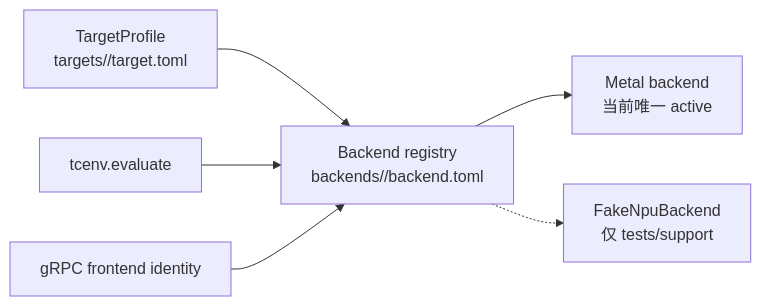
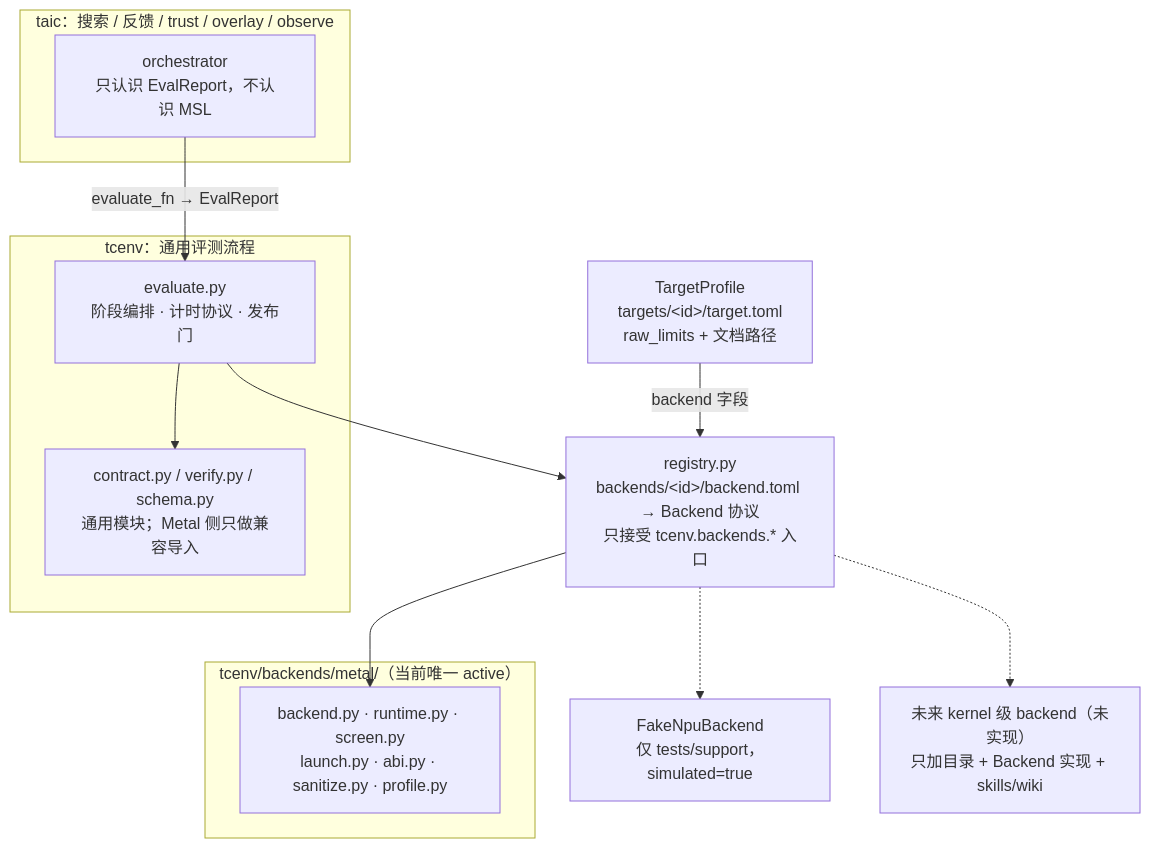
The eighth of 8 diagrams in docs/架构/执行运行时与设备扩展.md (kuafuwang/ShapeForge), drawn with Mermaid before and after one commit. The commit also changed other lines of this file and 1 other file, not shown here.

Commit message:
docs: diagram the backend layering and the evaluation stage split
The retired plan's architecture figure was not carried over, so the
reason for the layering was only described in prose.

- 执行运行时与设备扩展.md §8: replace the small registry sketch with a
  layering diagram (taic knows only EvalReport; tcenv owns the generic
  evaluation flow; the registry is the single backend boundary; Metal is
  solid, the fake NPU backend and future backends are dashed).
- 评测.md: add a stage flowchart that separates the parent process
  (screen, pure-syntax parse_launch, supervision) from the worker
  (device_check, re-screen, compile, abi, correctness), with the
  rejected/unsafe/incorrect exits.

Drawing it caught an error: device_check runs inside the worker after
backend.probe, not in the parent. The stage table now says so instead of
the ambiguous 'before touching the GPU'.

````diff
--- a/docs/架构/执行运行时与设备扩展.md
+++ b/docs/架构/执行运行时与设备扩展.md
@@ -640,8 +640,29 @@
 ```mermaid
-flowchart LR
-  T["TargetProfile<br/>targets/<id>/target.toml"] --> B["Backend registry<br/>backends/<id>/backend.toml"]
-  B --> M["Metal backend<br/>当前唯一 active"]
-  B -.-> F["FakeNpuBackend<br/>仅 tests/support"]
-  E["tcenv.evaluate"] --> B
-  R["gRPC frontend identity"] --> B
+flowchart TB
+  subgraph taic["taic：搜索 / 反馈 / trust / overlay / observe"]
+    O["orchestrator<br/>只认识 EvalReport，不认识 MSL"]
+  end
+
+  subgraph tcenv["tcenv：通用评测流程"]
+    E["evaluate.py<br/>阶段编排 · 计时协议 · 发布门"]
+    C["contract.py / verify.py / schema.py<br/>通用模块；Metal 侧只做兼容导入"]
+  end
+
+  R["registry.py<br/>backends/&lt;id&gt;/backend.toml → Backend 协议<br/>只接受 tcenv.backends.* 入口"]
+  T["TargetProfile<br/>targets/&lt;id&gt;/target.toml<br/>raw_limits + 文档路径"]
+
+  subgraph metal["tcenv/backends/metal/（当前唯一 active）"]
+    M["backend.py · runtime.py · screen.py<br/>launch.py · abi.py · sanitize.py · profile.py"]
+  end
+
+  F["FakeNpuBackend<br/>仅 tests/support，simulated=true"]
+  N["未来 kernel 级 backend（未实现）<br/>只加目录 + Backend 实现 + skills/wiki"]
+
+  O -->|"evaluate_fn → EvalReport"| E
+  E --> R
+  E --> C
+  T -->|"backend 字段"| R
+  R --> M
+  R -.-> F
+  R -.-> N
 ```
````
